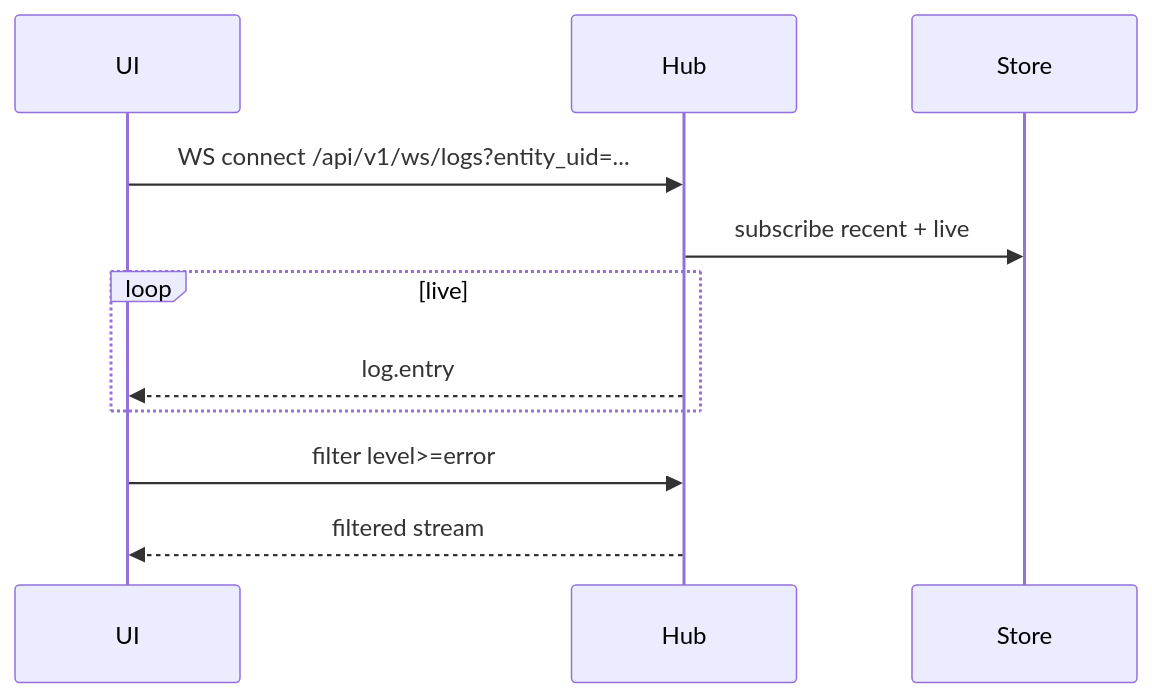
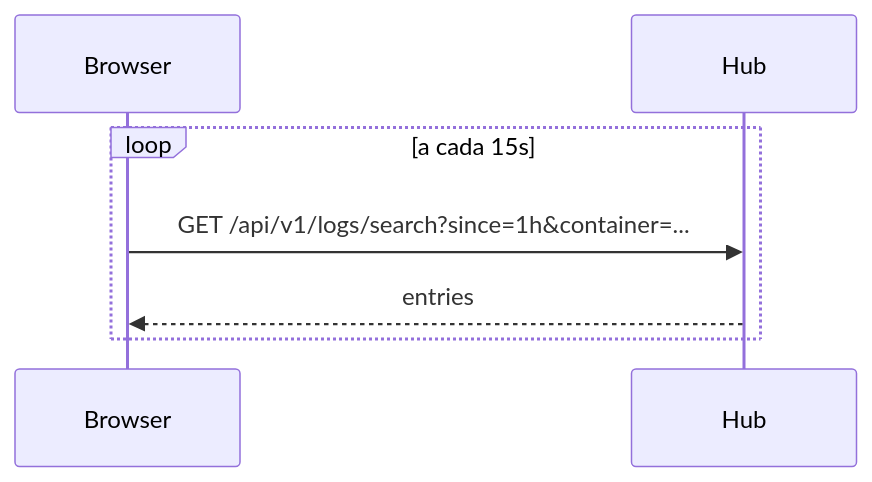
The second of 3 diagrams in docs/flows/log-streaming.md (HarryRaddatz/argus-observability), drawn with Mermaid before and after one commit. The commit also changed other lines of this file and 9 other files, not shown here.

First line of the commit message:
docs: alinha a referência da API com os handlers do hub

````diff
--- a/docs/flows/log-streaming.md
+++ b/docs/flows/log-streaming.md
@@ -56,14 +42,10 @@
 ```mermaid
 sequenceDiagram
-  participant UI
+  participant Browser
   participant Hub
-  participant Store
 
-  UI->>Hub: WS connect /api/v1/ws/logs?entity_uid=...
-  Hub->>Store: subscribe recent + live
-  loop live
-    Hub-->>UI: log.entry
+  loop a cada 15s
+    Browser->>Hub: GET /api/v1/logs/search?since=1h&container=...
+    Hub-->>Browser: entries
   end
-  UI->>Hub: filter level>=error
-  Hub-->>UI: filtered stream
 ```
````
